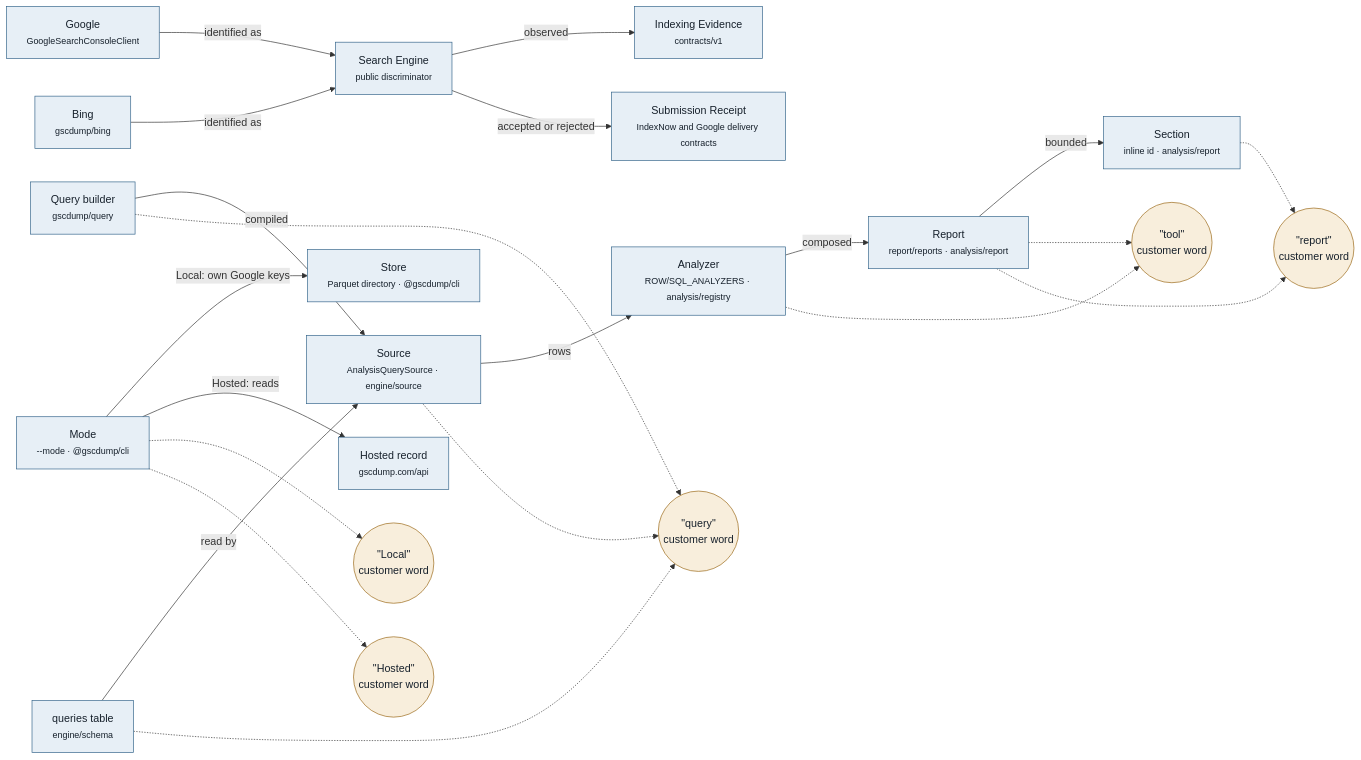
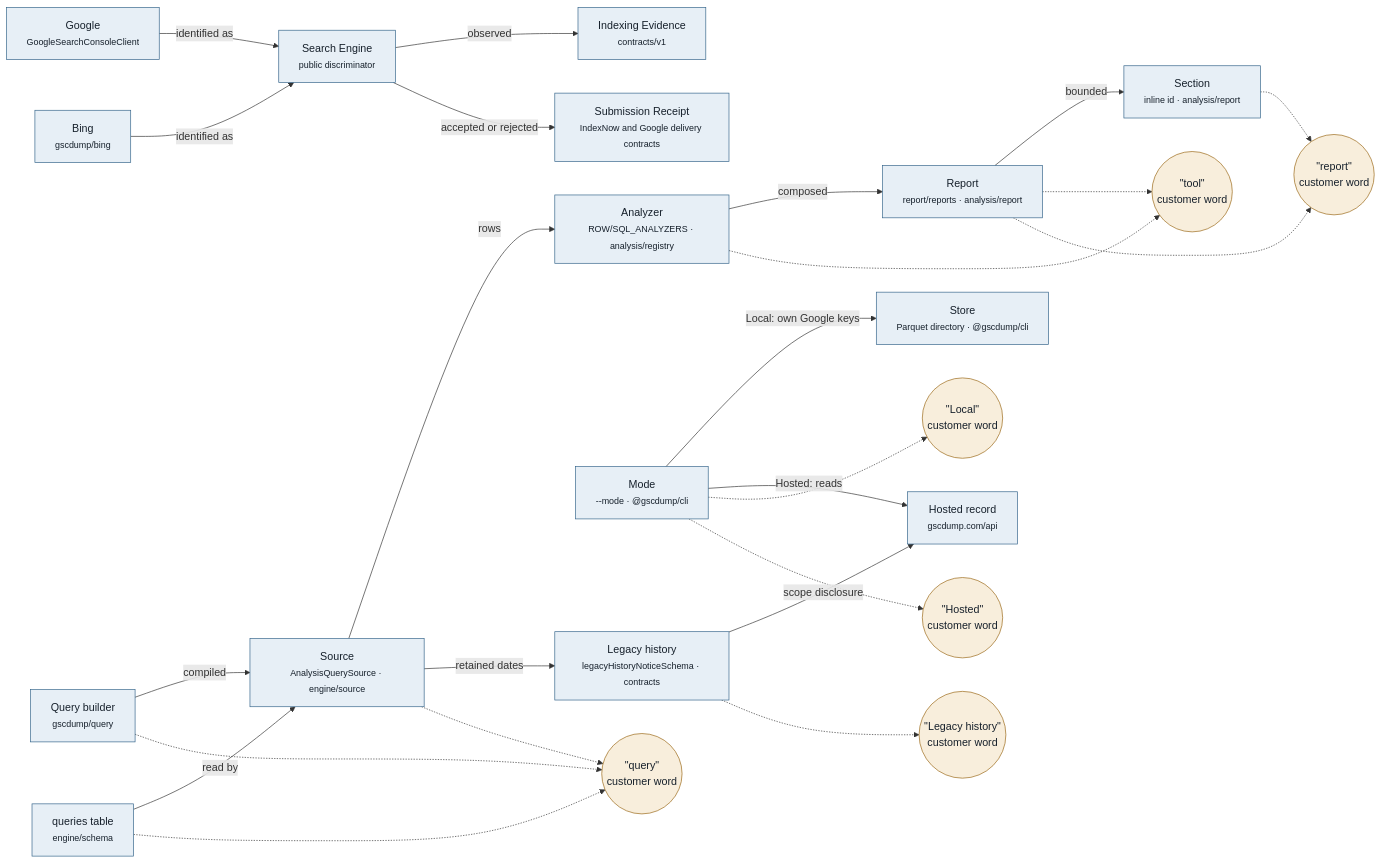
The diagram in GLOSSARY.md (harlan-zw/gscdump), drawn with Mermaid before and after one commit. The commit also changed other lines of this file and 22 other files, not shown here.

First line of the commit message:
fix(contracts): preserve legacy history disclosures

````diff
--- a/GLOSSARY.md
+++ b/GLOSSARY.md
@@ -9,50 +9,55 @@
 ```mermaid
 flowchart LR
   SRC[Source<br/><small>AnalysisQuerySource · engine/source</small>]
   AN[Analyzer<br/><small>ROW/SQL_ANALYZERS · analysis/registry</small>]
   RP[Report<br/><small>report/reports · analysis/report</small>]
   SE[Section<br/><small>inline id · analysis/report</small>]
   QB[Query builder<br/><small>gscdump/query</small>]
   QT[queries table<br/><small>engine/schema</small>]
   GO[Google<br/><small>GoogleSearchConsoleClient</small>]
   BI[Bing<br/><small>gscdump/bing</small>]
   SEN[Search Engine<br/><small>public discriminator</small>]
   IE[Indexing Evidence<br/><small>contracts/v1</small>]
   SR[Submission Receipt<br/><small>IndexNow and Google delivery contracts</small>]
   MD[Mode<br/><small>--mode · @gscdump/cli</small>]
   STO[Store<br/><small>Parquet directory · @gscdump/cli</small>]
   HR[Hosted record<br/><small>gscdump.com/api</small>]
+  LH[Legacy history<br/><small>legacyHistoryNoticeSchema · contracts</small>]
 
   SRC -- rows --> AN
+  SRC -- retained dates --> LH
+  LH -- scope disclosure --> HR
   AN -- composed --> RP
   RP -- bounded --> SE
   QB -- compiled --> SRC
   QT -- read by --> SRC
   GO -- identified as --> SEN
   BI -- identified as --> SEN
   SEN -- observed --> IE
   SEN -- accepted or rejected --> SR
   MD -- "Local: own Google keys" --> STO
   MD -- "Hosted: reads" --> HR
 
   TOOL(("&quot;tool&quot;<br/>customer word"))
   REP(("&quot;report&quot;<br/>customer word"))
   QRY(("&quot;query&quot;<br/>customer word"))
   LOC(("&quot;Local&quot;<br/>customer word"))
   HOS(("&quot;Hosted&quot;<br/>customer word"))
+  LHU(("&quot;Legacy history&quot;<br/>customer word"))
 
   AN -.-> TOOL
   RP -.-> TOOL
   RP -.-> REP
   SE -.-> REP
   QB -.-> QRY
   QT -.-> QRY
   SRC -.-> QRY
   MD -.-> LOC
   MD -.-> HOS
+  LH -.-> LHU
 
   classDef internal fill:#E7EFF6,stroke:#34648A,color:#16202B;
   classDef customer fill:#F8EEDC,stroke:#9A6714,color:#16202B;
-  class SRC,AN,RP,SE,QB,QT,GO,BI,SEN,IE,SR,MD,STO,HR internal
-  class TOOL,REP,QRY,LOC,HOS customer
+  class SRC,AN,RP,SE,QB,QT,GO,BI,SEN,IE,SR,MD,STO,HR,LH internal
+  class TOOL,REP,QRY,LOC,HOS,LHU customer
 ```
````
